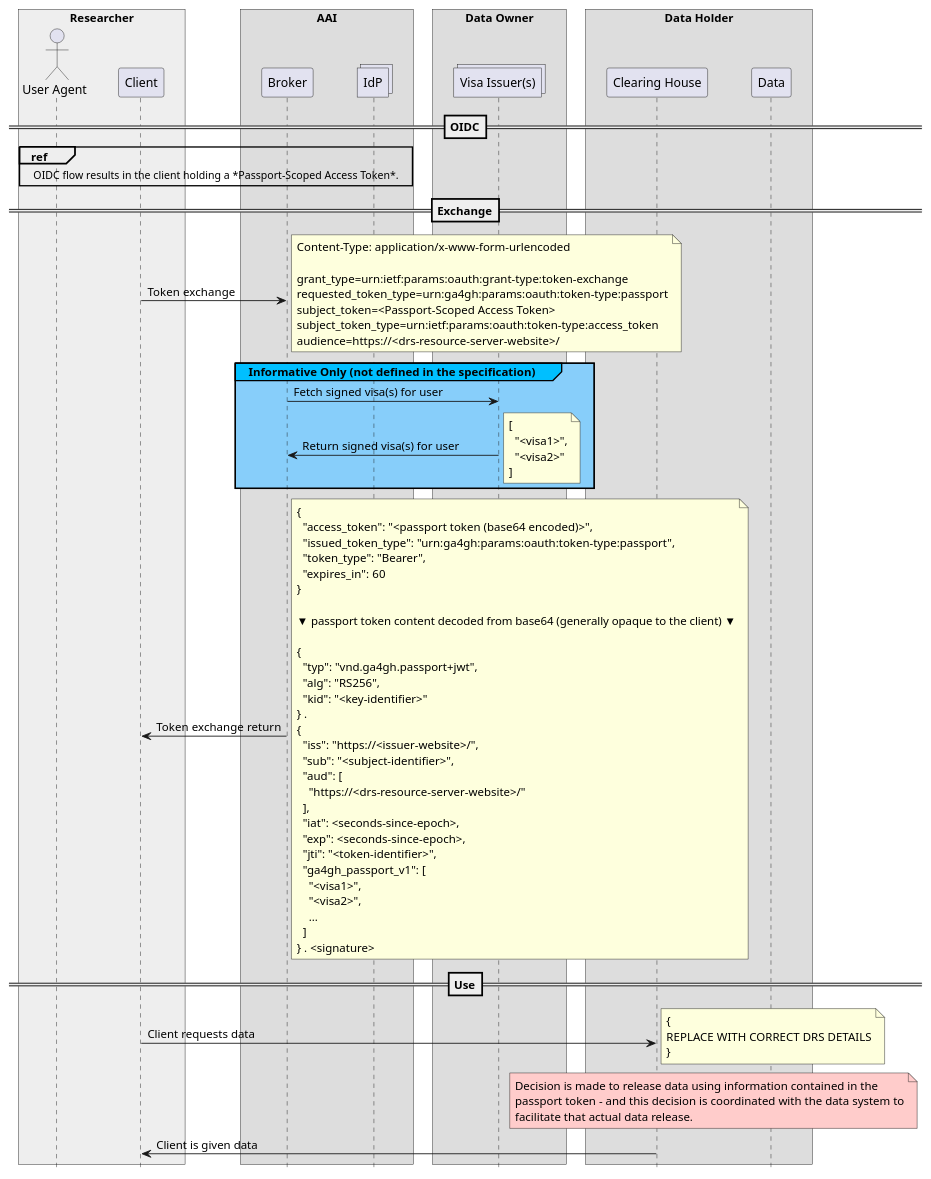
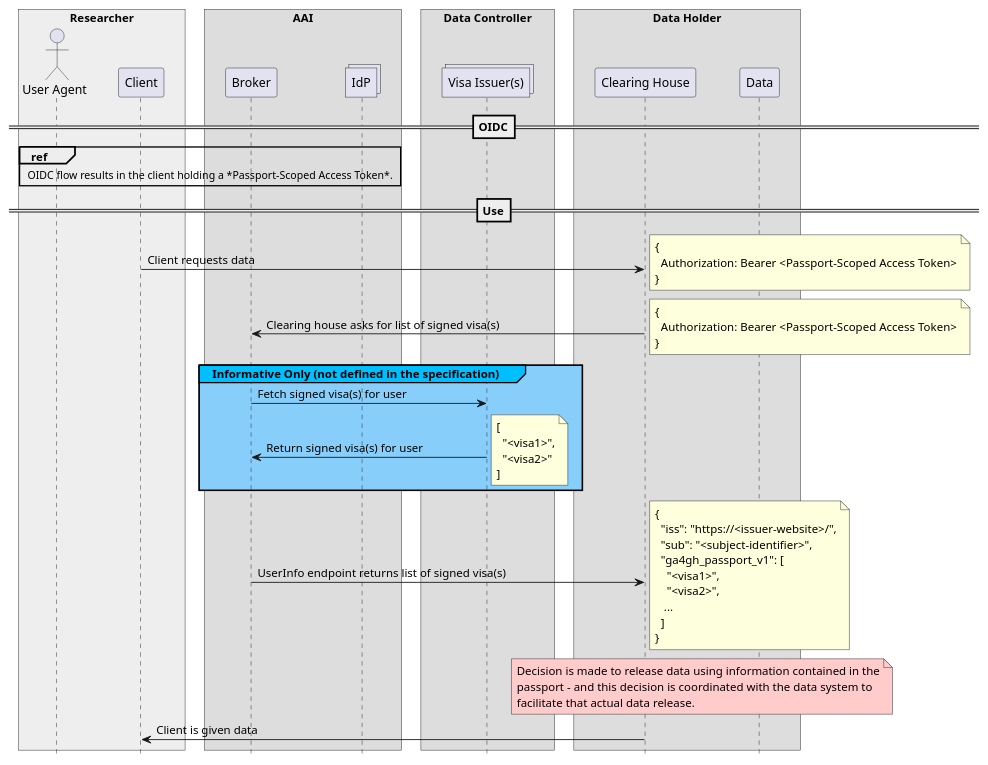
One commit to ga4gh/data-security changed the second of 2 diagrams in AAI/FAQ.md. Above: the diagram before and after it, drawn with PlantUML. The commit also changed other lines of this file, not shown here.

Commit message:
Feedback incorporated

```diff
--- a/AAI/FAQ.md
+++ b/AAI/FAQ.md
@@ -134,7 +162,7 @@
 collections "IdP"                       as idps
 end box
 
-box "Data Owner"
+box "Data Controller"
 collections "Visa Issuer(s)"            as issuers
 end box
 
@@ -149,17 +177,20 @@
 OIDC flow results in the client holding a *Passport-Scoped Access Token*.
 end ref
 
-==Exchange==
+==Use==
 
-client -> broker : Token exchange
+client -> clearing : Client requests data
 note right
-Content-Type: application/x-www-form-urlencoded
+{
+  Authorization: Bearer <Passport-Scoped Access Token>
+}
+end note
 
-grant_type=urn:ietf:params:oauth:grant-type:token-exchange
-requested_token_type=urn:ga4gh:params:oauth:token-type:passport
-subject_token=<Passport-Scoped Access Token>
-subject_token_type=urn:ietf:params:oauth:token-type:access_token
-audience=https://<drs-resource-server-website>/
+clearing -> broker : Clearing house asks for list of signed visa(s)
+note right
+{
+  Authorization: Bearer <Passport-Scoped Access Token>
+}
 end note
 
 group#DeepSkyBlue #LightSkyBlue Informative Only (not defined in the specification)
@@ -173,54 +204,27 @@
 end note
 end
 
-client <- broker : Token exchange return
+clearing <- broker : UserInfo endpoint returns list of signed visa(s)
 note right
-{
-  "access_token": "<passport token (base64 encoded)>",
-  "issued_token_type": "urn:ga4gh:params:oauth:token-type:passport",
-  "token_type": "Bearer",
-  "expires_in": 60
-}
-
-▼ passport token content decoded from base64 (generally opaque to the client) ▼
-
-{
-  "typ": "vnd.ga4gh.passport+jwt",
-  "alg": "RS256",
-  "kid": "<key-identifier>"
-} .
 {
   "iss": "https://<issuer-website>/",
   "sub": "<subject-identifier>",
-  "aud": [
-    "https://<drs-resource-server-website>/"
-  ],
-  "iat": <seconds-since-epoch>,
-  "exp": <seconds-since-epoch>,
-  "jti": "<token-identifier>",
   "ga4gh_passport_v1": [
     "<visa1>",
     "<visa2>",
-    ...
+   ...
   ]
-} . <signature>
-end note
-
-==Use==
-
-client -> clearing : Client requests data
-note right
-{
-REPLACE WITH CORRECT DRS DETAILS
 }
 end note
 
+
 note over clearing, data  #FFCCCB
 Decision is made to release data using information contained in the
-passport token - and this decision is coordinated with the data system to
+passport - and this decision is coordinated with the data system to
 facilitate that actual data release.
 end note
 
 client <- clearing : Client is given data
 
+
 {% endplantuml %}
```
